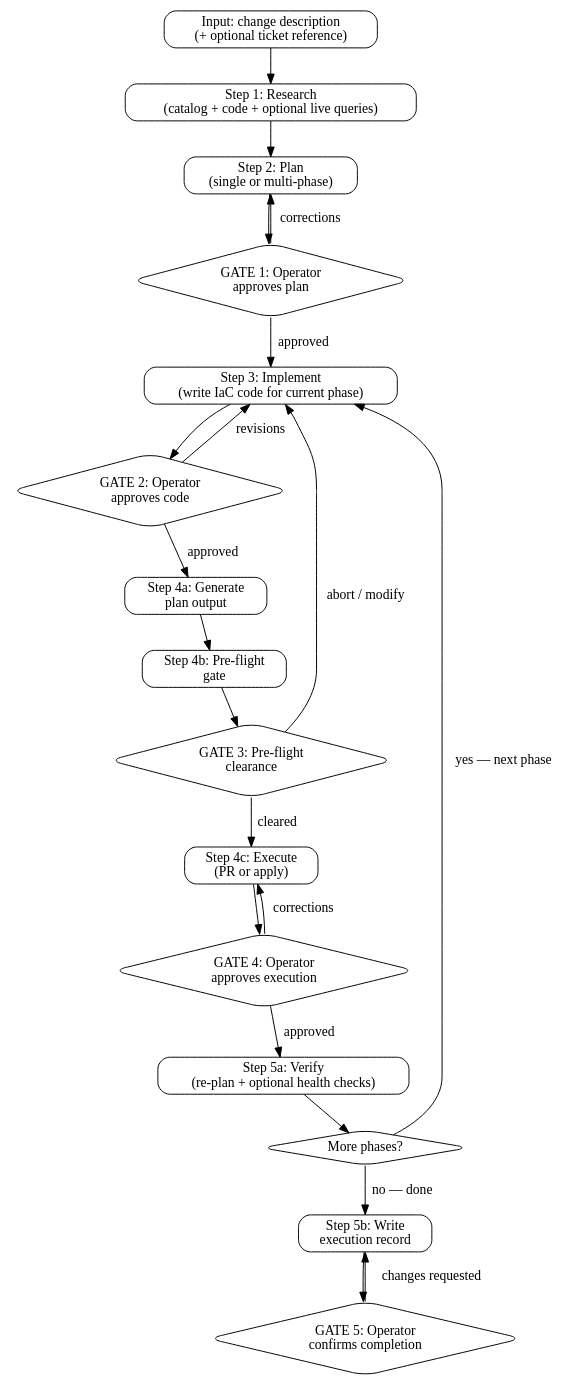
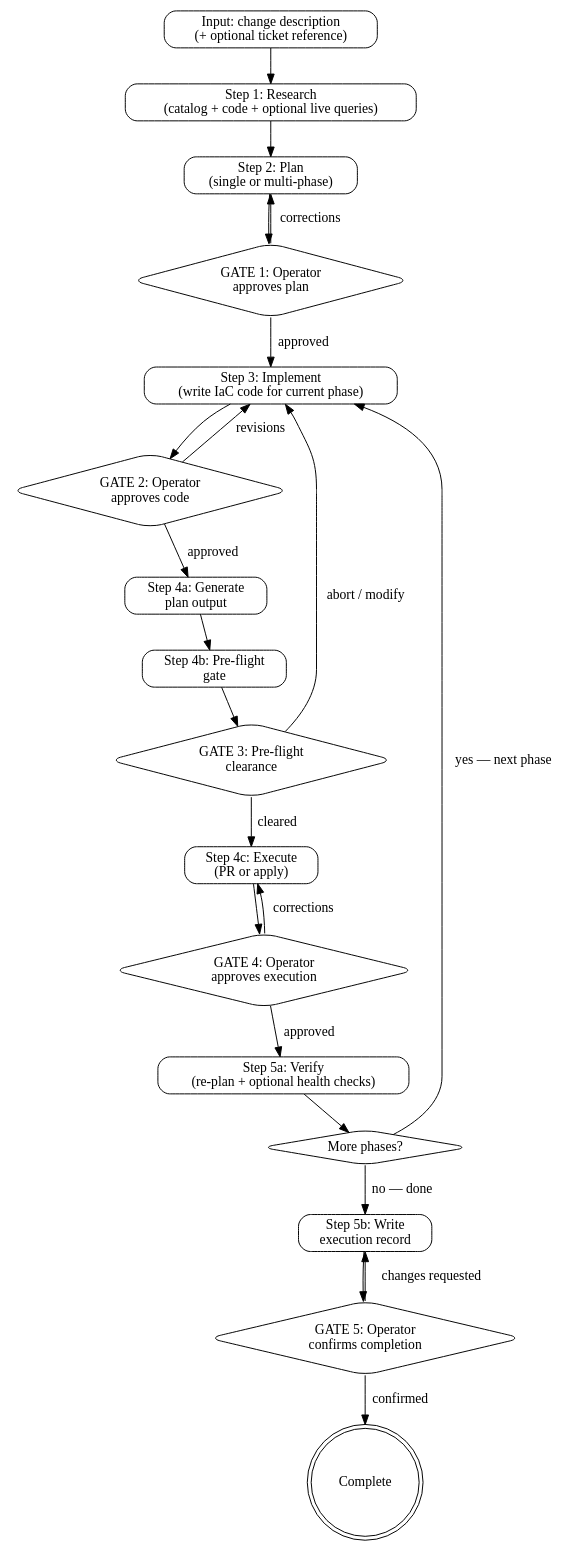
The diagram in skills/iac-change-execution/SKILL.md (culiops/culiops-agent), drawn with Graphviz before and after one commit. The commit also changed 5 other files, not shown here.

````diff
--- a/skills/iac-change-execution/SKILL.md
+++ b/skills/iac-change-execution/SKILL.md
@@ -61,43 +61,46 @@
 ```dot
 digraph iac_change {
     rankdir=TB;
     node [shape=box, style=rounded];
 
     input     [label="Input: change description\n(+ optional ticket reference)"];
     research  [label="Step 1: Research\n(catalog + code + optional live queries)"];
     plan      [label="Step 2: Plan\n(single or multi-phase)"];
     gate1     [label="GATE 1: Operator\napproves plan", shape=diamond];
     implement [label="Step 3: Implement\n(write IaC code for current phase)"];
     gate2     [label="GATE 2: Operator\napproves code", shape=diamond];
     planout   [label="Step 4a: Generate\nplan output"];
     preflight [label="Step 4b: Pre-flight\ngate"];
     gate3     [label="GATE 3: Pre-flight\nclearance", shape=diamond];
     execute   [label="Step 4c: Execute\n(PR or apply)"];
     gate4     [label="GATE 4: Operator\napproves execution", shape=diamond];
     verify    [label="Step 5a: Verify\n(re-plan + optional health checks)"];
     phase     [label="More phases?", shape=diamond];
     record    [label="Step 5b: Write\nexecution record"];
     gate5     [label="GATE 5: Operator\nconfirms completion", shape=diamond];
 
     input -> research;
     research -> plan;
     plan -> gate1;
     gate1 -> implement  [label="approved"];
     gate1 -> plan       [label="corrections"];
     implement -> gate2;
     gate2 -> planout    [label="approved"];
     gate2 -> implement  [label="revisions"];
     planout -> preflight;
     preflight -> gate3;
     gate3 -> execute    [label="cleared"];
     gate3 -> implement  [label="abort / modify"];
     execute -> gate4;
     gate4 -> verify     [label="approved"];
     gate4 -> execute    [label="corrections"];
     verify -> phase;
     phase -> implement  [label="yes — next phase"];
     phase -> record     [label="no — done"];
     record -> gate5;
     gate5 -> record     [label="changes requested"];
+    gate5 -> done       [label="confirmed"];
+
+    done [label="Complete", shape=doublecircle];
 }
 ```
````
